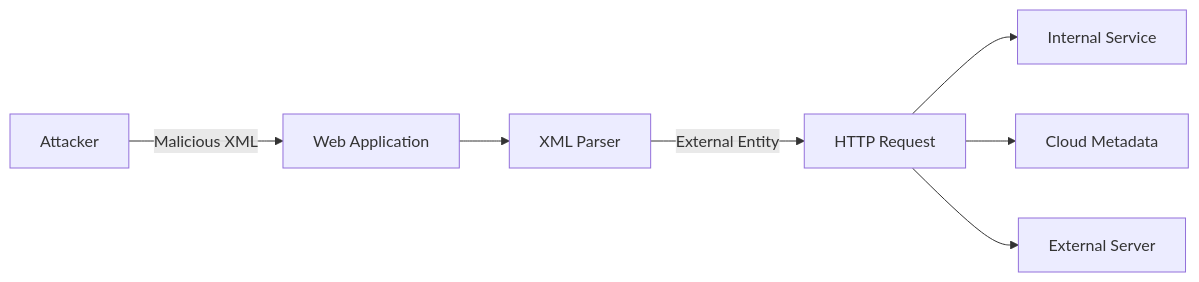
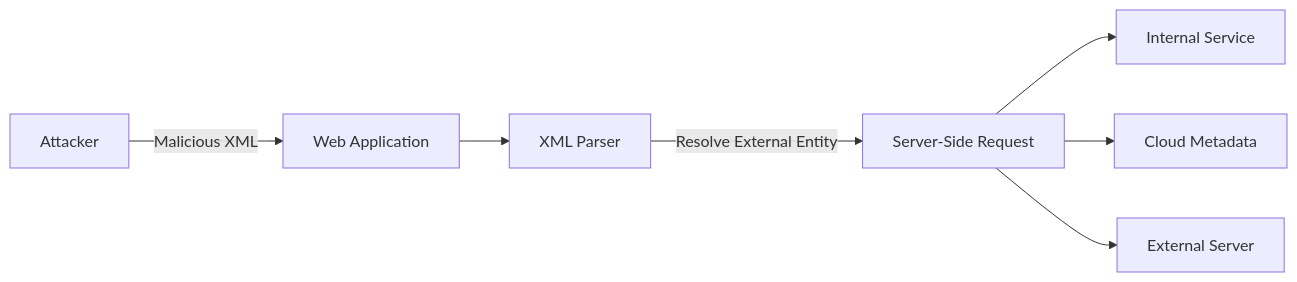
The ninth of 9 diagrams in content/Initial Access/OWASP/XML/XXE.md (adolfcna/ATTvDEF), drawn with Mermaid before and after one commit. The commit also changed other lines of this file and 2 other files, not shown here.

````diff
--- a/content/Initial Access/OWASP/XML/XXE.md
+++ b/content/Initial Access/OWASP/XML/XXE.md
@@ -502,10 +775,10 @@
 ```mermaid
 flowchart LR
     A[Attacker] -->|Malicious XML| W[Web Application]
     W --> P[XML Parser]
-    P -->|External Entity| R[HTTP Request]
+    P -->|Resolve External Entity| R[Server-Side Request]
 
     R --> I[Internal Service]
     R --> M[Cloud Metadata]
     R --> E[External Server]
 ```
````
